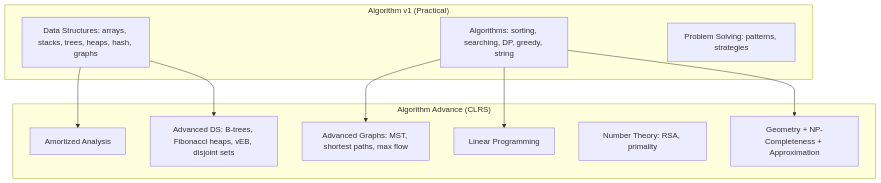
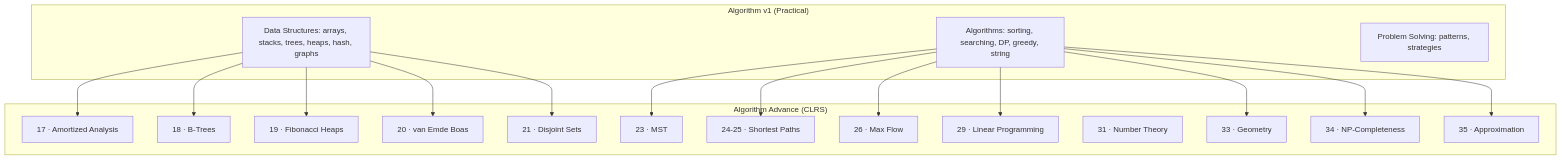
The diagram in programming-note/Algorithm_advance/Algorithm Advance - Overview.md (oat431/swe-knowledge), drawn with Mermaid before and after one commit. The commit also changed other lines of this file and 17 other files, not shown here.

````diff
--- a/programming-note/Algorithm_advance/Algorithm Advance - Overview.md
+++ b/programming-note/Algorithm_advance/Algorithm Advance - Overview.md
@@ -27,23 +42,37 @@
 ```mermaid
 flowchart TD
     subgraph v1["Algorithm v1 (Practical)"]
         DS["Data Structures: arrays, stacks, trees, heaps, hash, graphs"]
         ALG["Algorithms: sorting, searching, DP, greedy, string"]
         PS["Problem Solving: patterns, strategies"]
     end
 
     subgraph v2["Algorithm Advance (CLRS)"]
-        AM["Amortized Analysis"]
-        ADS["Advanced DS: B-trees, Fibonacci heaps, vEB, disjoint sets"]
-        AGA["Advanced Graphs: MST, shortest paths, max flow"]
-        LP["Linear Programming"]
-        NT["Number Theory: RSA, primality"]
-        GNP["Geometry + NP-Completeness + Approximation"]
+        AM["17 · Amortized Analysis"]
+        BT["18 · B-Trees"]
+        FH["19 · Fibonacci Heaps"]
+        VEB["20 · van Emde Boas"]
+        UF["21 · Disjoint Sets"]
+        MST["23 · MST"]
+        SP["24-25 · Shortest Paths"]
+        MF["26 · Max Flow"]
+        LP["29 · Linear Programming"]
+        NT["31 · Number Theory"]
+        GEO["33 · Geometry"]
+        NP["34 · NP-Completeness"]
+        APP["35 · Approximation"]
     end
 
-    DS --> ADS
-    ALG --> AGA
+    DS --> AM
+    DS --> BT
+    DS --> FH
+    DS --> VEB
+    DS --> UF
+    ALG --> MST
+    ALG --> SP
+    ALG --> MF
     ALG --> LP
-    ALG --> GNP
-    DS --> AM
+    ALG --> GEO
+    ALG --> NP
+    ALG --> APP
 ```
````
